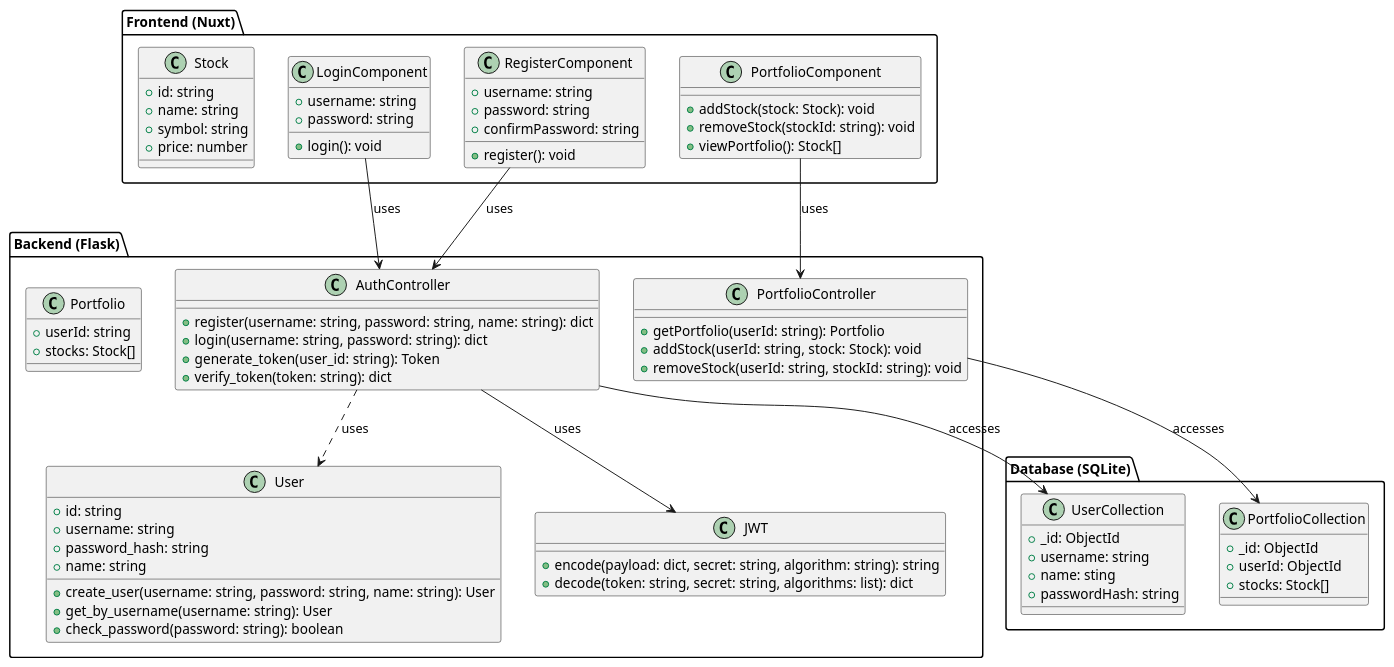
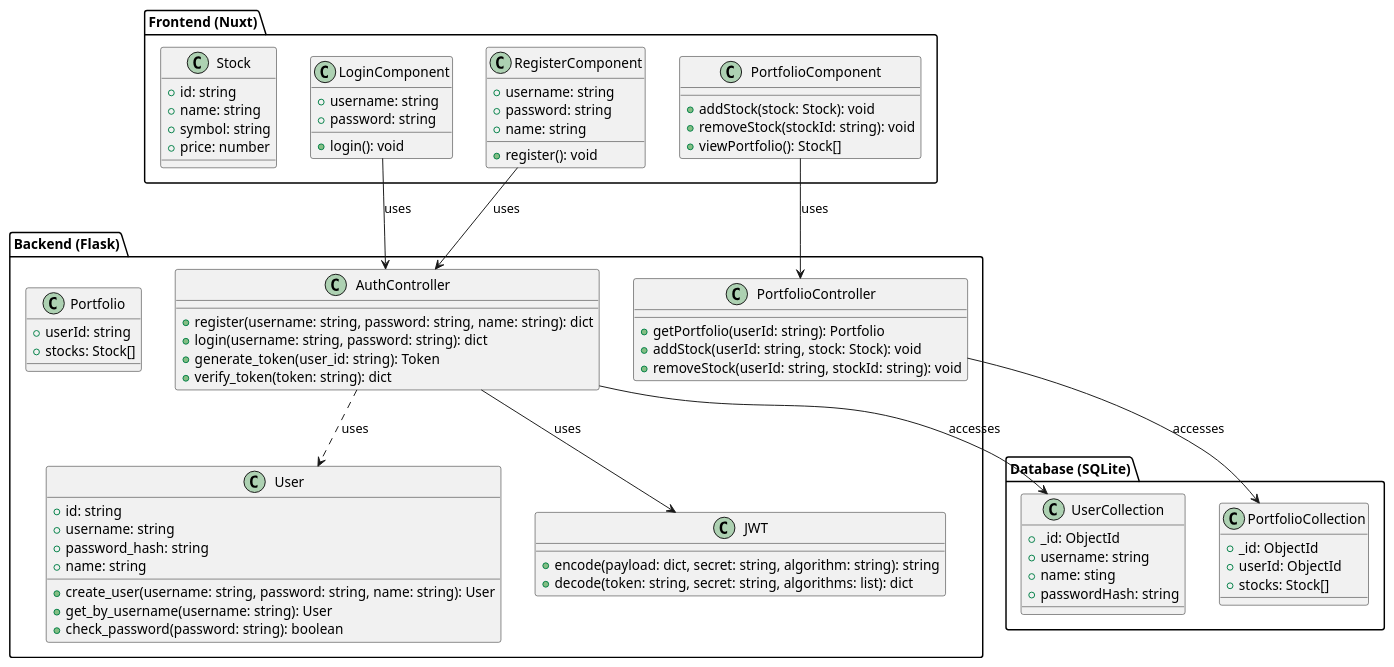
One commit to kpeter1994/cubix_software_sft changed the diagram in docs/architecure.puml. Above: the diagram before and after it, drawn with PlantUML. The commit also changed 15 other files, not shown here.

```diff
--- a/docs/architecure.puml
+++ b/docs/architecure.puml
@@ -1,89 +1,89 @@
 @startuml
 
 package "Frontend (Nuxt)" {
     class LoginComponent {
         + username: string
         + password: string
         + login(): void
     }
 
     class RegisterComponent {
         + username: string
         + password: string
-        + confirmPassword: string
+        + name: string
         + register(): void
     }
 
     class PortfolioComponent {
         + addStock(stock: Stock): void
         + removeStock(stockId: string): void
         + viewPortfolio(): Stock[]
     }
 
     class Stock {
         + id: string
         + name: string
         + symbol: string
         + price: number
     }
 }
 
 package "Backend (Flask)" {
    class AuthController {
        + register(username: string, password: string, name: string): dict
        + login(username: string, password: string): dict
        + generate_token(user_id: string): Token
        + verify_token(token: string): dict
    }
 
     class PortfolioController {
         + getPortfolio(userId: string): Portfolio
         + addStock(userId: string, stock: Stock): void
         + removeStock(userId: string, stockId: string): void
     }
 
     class User {
         + id: string
         + username: string
         + password_hash: string
         + name: string
         + create_user(username: string, password: string, name: string): User
         + get_by_username(username: string): User
         + check_password(password: string): boolean
     }
 
     class Portfolio {
         + userId: string
         + stocks: Stock[]
     }
 
     class JWT {
         + encode(payload: dict, secret: string, algorithm: string): string
         + decode(token: string, secret: string, algorithms: list): dict
     }
 }
 
 package "Database (SQLite)" {
     class UserCollection {
         + _id: ObjectId
         + username: string
         + name: sting
         + passwordHash: string
     }
 
     class PortfolioCollection {
         + _id: ObjectId
         + userId: ObjectId
         + stocks: Stock[]
     }
 }
 
 "LoginComponent" --> "AuthController": uses
 "RegisterComponent" --> "AuthController": uses
 "PortfolioComponent" --> "PortfolioController": uses
 "AuthController" ..> "User": uses
 "AuthController" --> JWT : uses
 "AuthController" --> "UserCollection": accesses
 "PortfolioController" --> "PortfolioCollection": accesses
 
 @enduml
```
